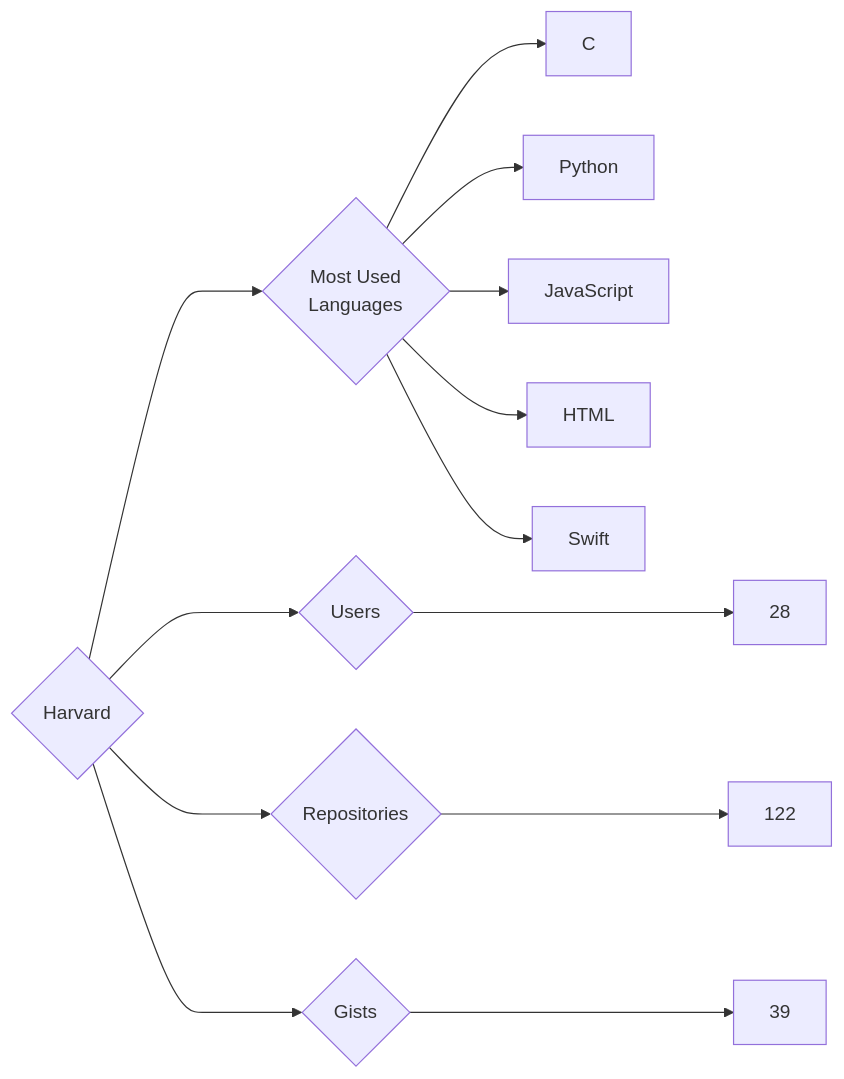
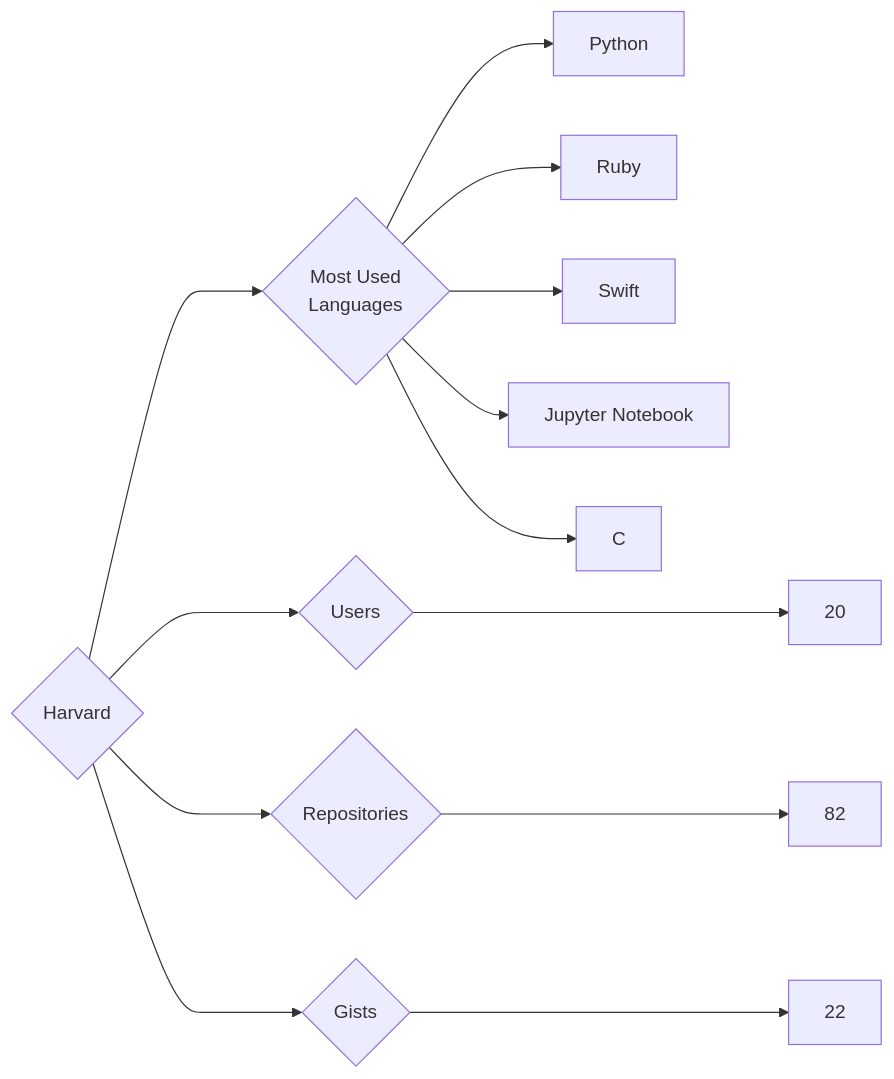
One commit to trickest/insiders changed the diagram in targets/Harvard/README.md. Above: the diagram before and after it, drawn with Mermaid. The commit also changed 951 other files, not shown here.

````diff
--- a/targets/Harvard/README.md
+++ b/targets/Harvard/README.md
@@ -3,13 +3,13 @@
 ```mermaid
 graph LR
 COMPANY_NAME{Harvard}
-COMPANY_NAME ---> U{Users} ---> UN[28]
-COMPANY_NAME ---> R{Repositories} ---> RN[122]
-COMPANY_NAME ---> G{Gists} ---> GN[39]
+COMPANY_NAME ---> U{Users} ---> UN[20]
+COMPANY_NAME ---> R{Repositories} ---> RN[82]
+COMPANY_NAME ---> G{Gists} ---> GN[22]
 COMPANY_NAME ---> ML{Most Used<br>Languages}
+ML --> Python[Python]
+ML --> Ruby[Ruby]
+ML --> Swift[Swift]
+ML --> Jupyter_Notebook[Jupyter Notebook]
 ML --> C[C]
-ML --> Python[Python]
-ML --> JavaScript[JavaScript]
-ML --> HTML[HTML]
-ML --> Swift[Swift]
 ```
````
